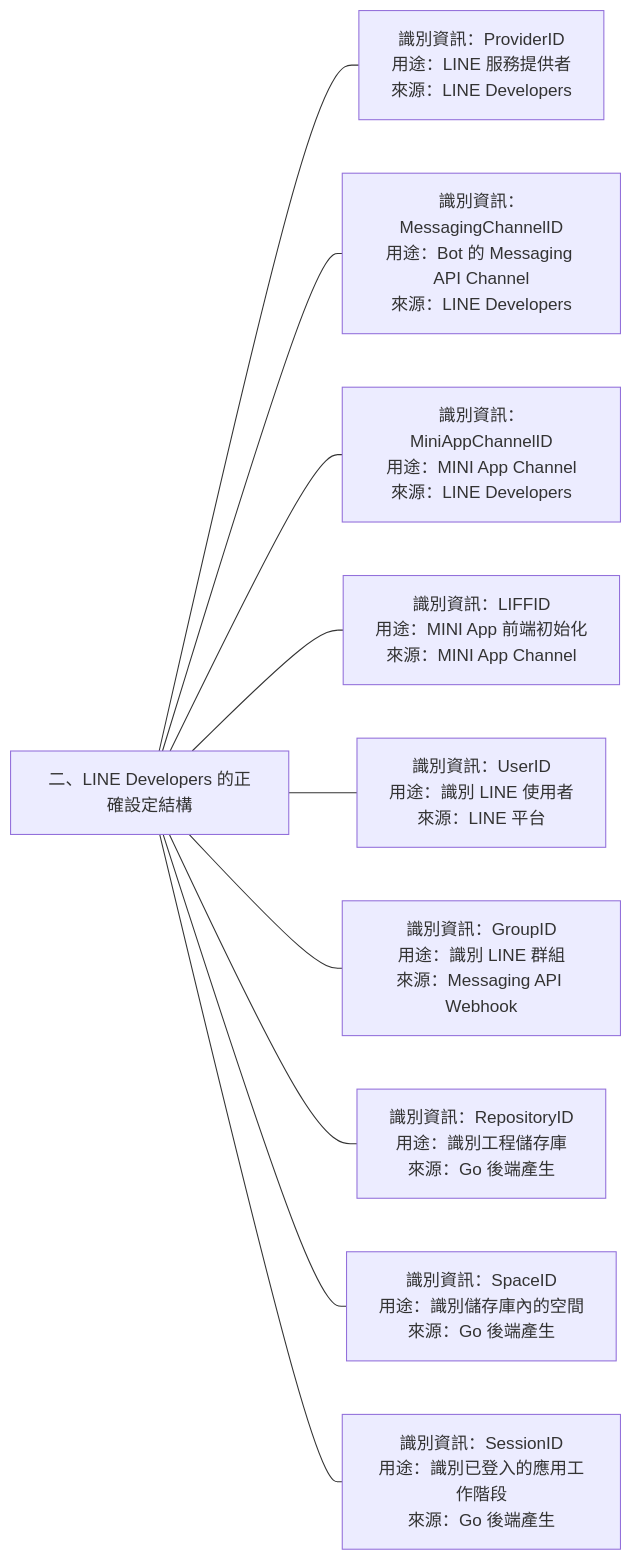
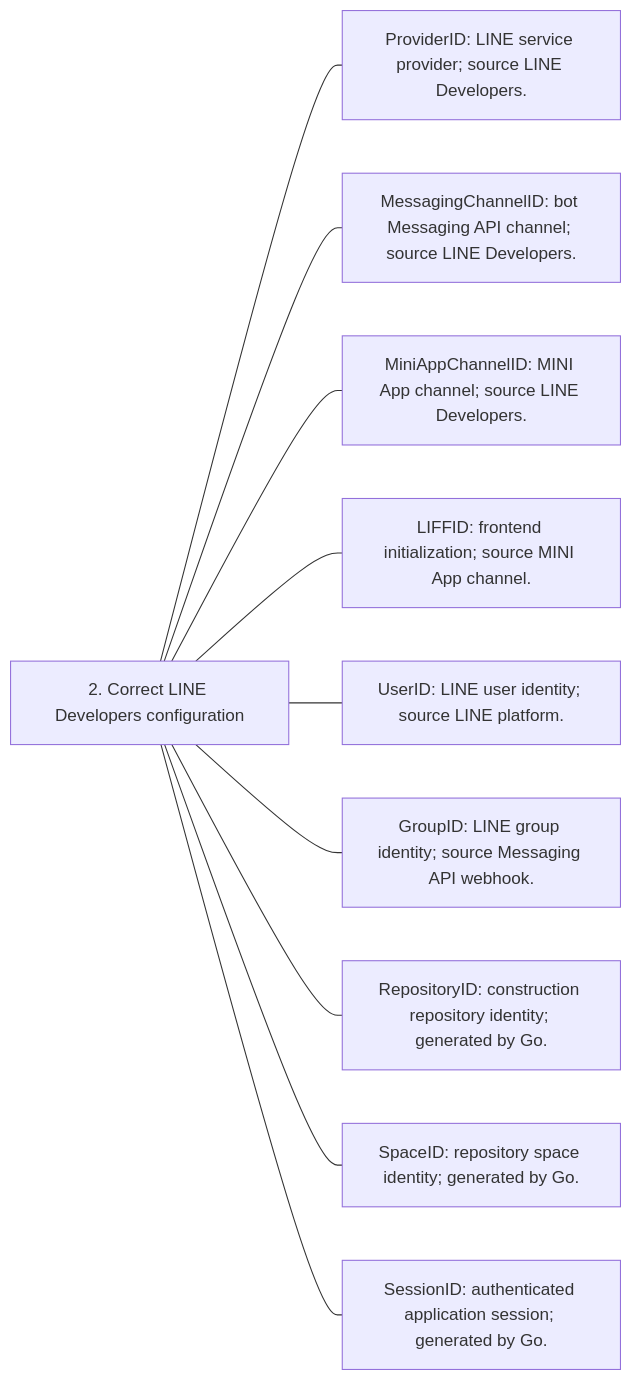
Before and after one commit to 963sup/line-mini-app-bot: the sixth of 38 diagrams in docs/proposals/line-engineering/README.md, drawn with Mermaid. The commit also changed other lines of this file and 341 other files, not shown here.

First line of the commit message:
docs: standardize repository guidance and consolidate service references

````diff
--- a/docs/proposals/line-engineering/README.md
+++ b/docs/proposals/line-engineering/README.md
@@ -84,13 +88,13 @@
 ```mermaid
 flowchart LR
-  h["二、LINE Developers 的正確設定結構"]
-  h --- n0["識別資訊：ProviderID<br/>用途：LINE 服務提供者<br/>來源：LINE Developers"]
-  h --- n1["識別資訊：MessagingChannelID<br/>用途：Bot 的 Messaging API Channel<br/>來源：LINE Developers"]
-  h --- n2["識別資訊：MiniAppChannelID<br/>用途：MINI App Channel<br/>來源：LINE Developers"]
-  h --- n3["識別資訊：LIFFID<br/>用途：MINI App 前端初始化<br/>來源：MINI App Channel"]
-  h --- n4["識別資訊：UserID<br/>用途：識別 LINE 使用者<br/>來源：LINE 平台"]
-  h --- n5["識別資訊：GroupID<br/>用途：識別 LINE 群組<br/>來源：Messaging API Webhook"]
-  h --- n6["識別資訊：RepositoryID<br/>用途：識別工程儲存庫<br/>來源：Go 後端產生"]
-  h --- n7["識別資訊：SpaceID<br/>用途：識別儲存庫內的空間<br/>來源：Go 後端產生"]
-  h --- n8["識別資訊：SessionID<br/>用途：識別已登入的應用工作階段<br/>來源：Go 後端產生"]
+  h["2. Correct LINE Developers configuration"]
+  h --- n0["ProviderID: LINE service provider; source LINE Developers."]
+  h --- n1["MessagingChannelID: bot Messaging API channel; source LINE Developers."]
+  h --- n2["MiniAppChannelID: MINI App channel; source LINE Developers."]
+  h --- n3["LIFFID: frontend initialization; source MINI App channel."]
+  h --- n4["UserID: LINE user identity; source LINE platform."]
+  h --- n5["GroupID: LINE group identity; source Messaging API webhook."]
+  h --- n6["RepositoryID: construction repository identity; generated by Go."]
+  h --- n7["SpaceID: repository space identity; generated by Go."]
+  h --- n8["SessionID: authenticated application session; generated by Go."]
 ```
````
